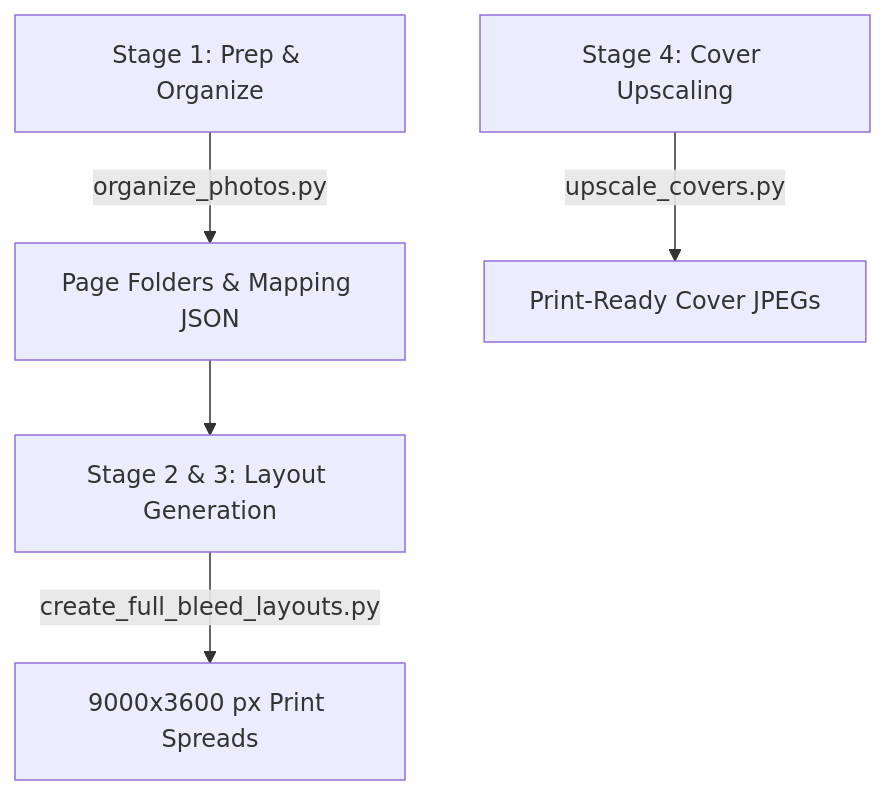
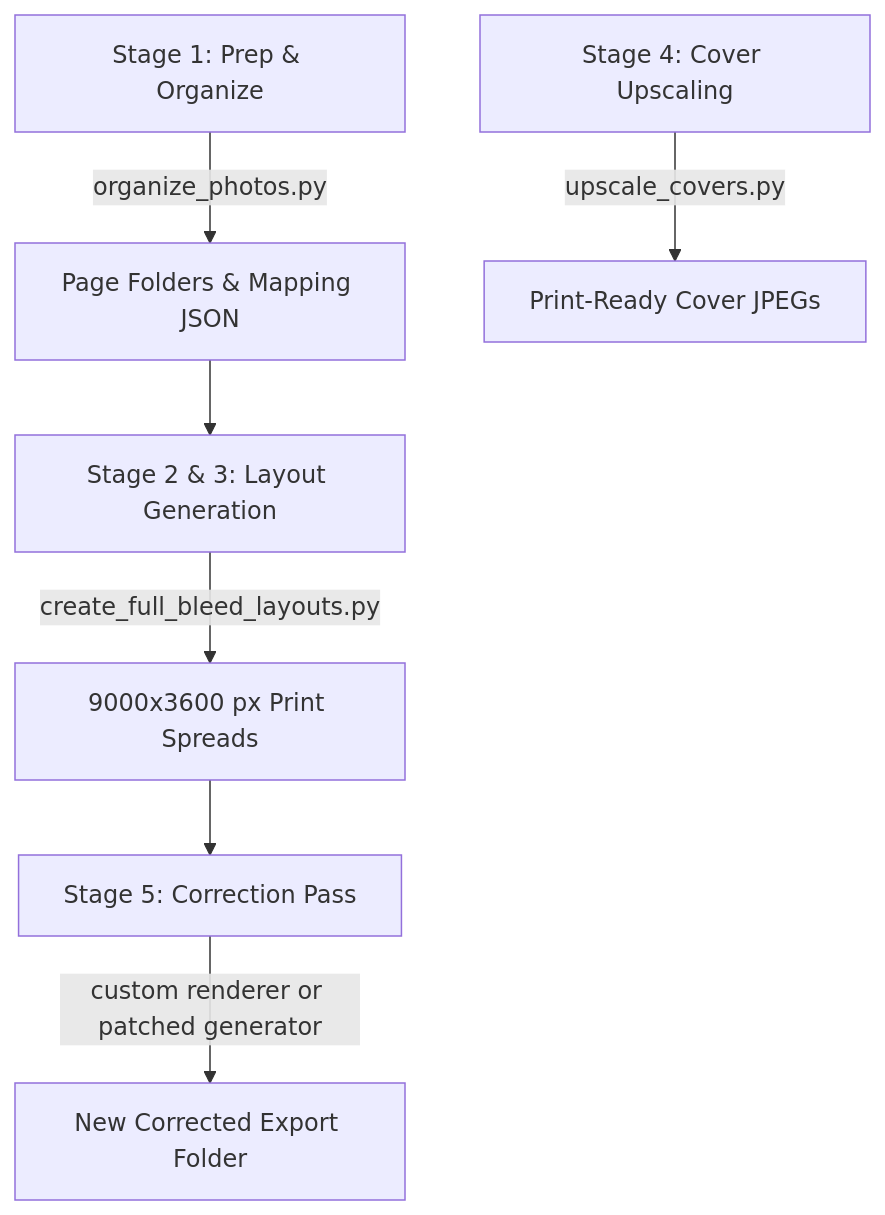
Before and after one commit to J-StaR-Films-Studios/VibeCode-Protocol-Suite: the diagram in assets/.agent/skills/photo-book-builder/SKILL.md, drawn with Mermaid. The commit also changed other lines of this file, not shown here.

First line of the commit message:
docs(photo-book-builder): expand correction pass guidance

````diff
--- a/assets/.agent/skills/photo-book-builder/SKILL.md
+++ b/assets/.agent/skills/photo-book-builder/SKILL.md
@@ -15,7 +15,9 @@
 ```mermaid
 graph TD
     A[Stage 1: Prep & Organize] -->|organize_photos.py| B[Page Folders & Mapping JSON]
     B --> C[Stage 2 & 3: Layout Generation]
     C -->|create_full_bleed_layouts.py| D[9000x3600 px Print Spreads]
     E[Stage 4: Cover Upscaling] -->|upscale_covers.py| F[Print-Ready Cover JPEGs]
+    D --> G[Stage 5: Correction Pass]
+    G -->|custom renderer or patched generator| H[New Corrected Export Folder]
 ```
````
